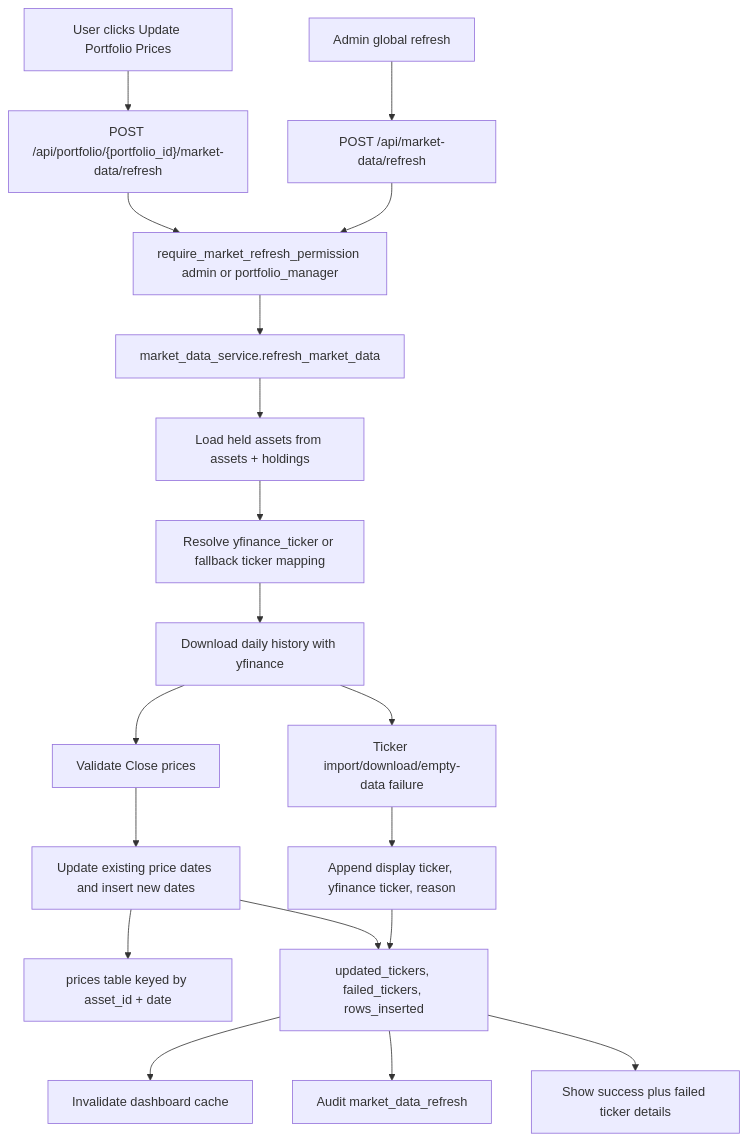
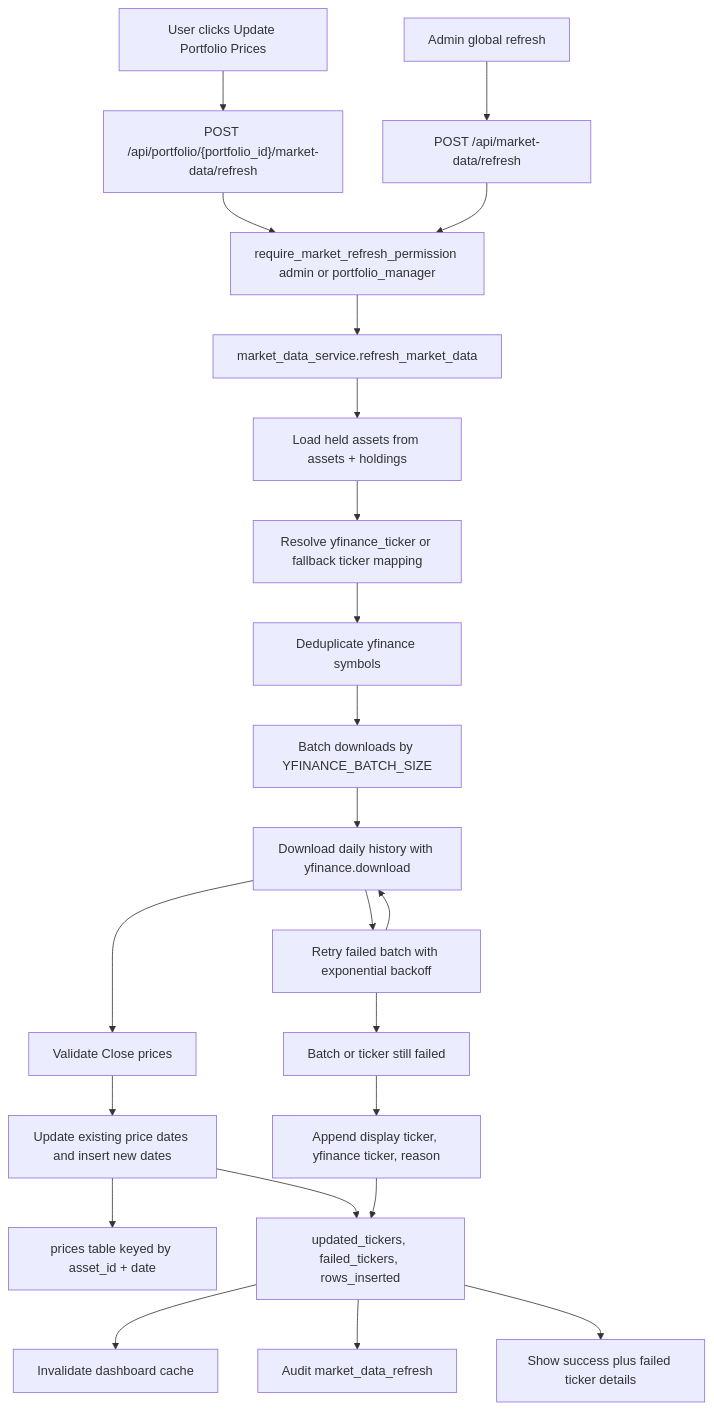
One commit to itzjiawei/investment-risk-platform changed the fifth of 9 diagrams in docs/ARCHITECTURE.md. Above: the diagram before and after it, drawn with Mermaid. The commit also changed other lines of this file and 11 other files, not shown here.

````diff
--- a/docs/ARCHITECTURE.md
+++ b/docs/ARCHITECTURE.md
@@ -163,26 +163,30 @@
 ```mermaid
 flowchart TD
     UserAction["User clicks Update Portfolio Prices"] --> Endpoint["POST /api/portfolio/{portfolio_id}/market-data/refresh"]
     AdminAction["Admin global refresh"] --> GlobalEndpoint["POST /api/market-data/refresh"]
 
     Endpoint --> Permission["require_market_refresh_permission admin or portfolio_manager"]
     GlobalEndpoint --> Permission
     Permission --> Service["market_data_service.refresh_market_data"]
 
     Service --> Assets["Load held assets from assets + holdings"]
     Assets --> TickerMap["Resolve yfinance_ticker or fallback ticker mapping"]
-    TickerMap --> YFinance["Download daily history with yfinance"]
+    TickerMap --> Dedupe["Deduplicate yfinance symbols"]
+    Dedupe --> Batch["Batch downloads by YFINANCE_BATCH_SIZE"]
+    Batch --> YFinance["Download daily history with yfinance.download"]
 
     YFinance --> Validate["Validate Close prices"]
     Validate --> Upsert["Update existing price dates and insert new dates"]
     Upsert --> Prices["prices table keyed by asset_id + date"]
     Upsert --> Summary["updated_tickers, failed_tickers, rows_inserted"]
 
-    YFinance --> Failure["Ticker import/download/empty-data failure"]
+    YFinance --> Retry["Retry failed batch with exponential backoff"]
+    Retry --> YFinance
+    Retry --> Failure["Batch or ticker still failed"]
     Failure --> FailedList["Append display ticker, yfinance ticker, reason"]
     FailedList --> Summary
 
     Summary --> CacheInvalidate["Invalidate dashboard cache"]
     Summary --> Audit["Audit market_data_refresh"]
     Summary --> Frontend["Show success plus failed ticker details"]
 ```
````
